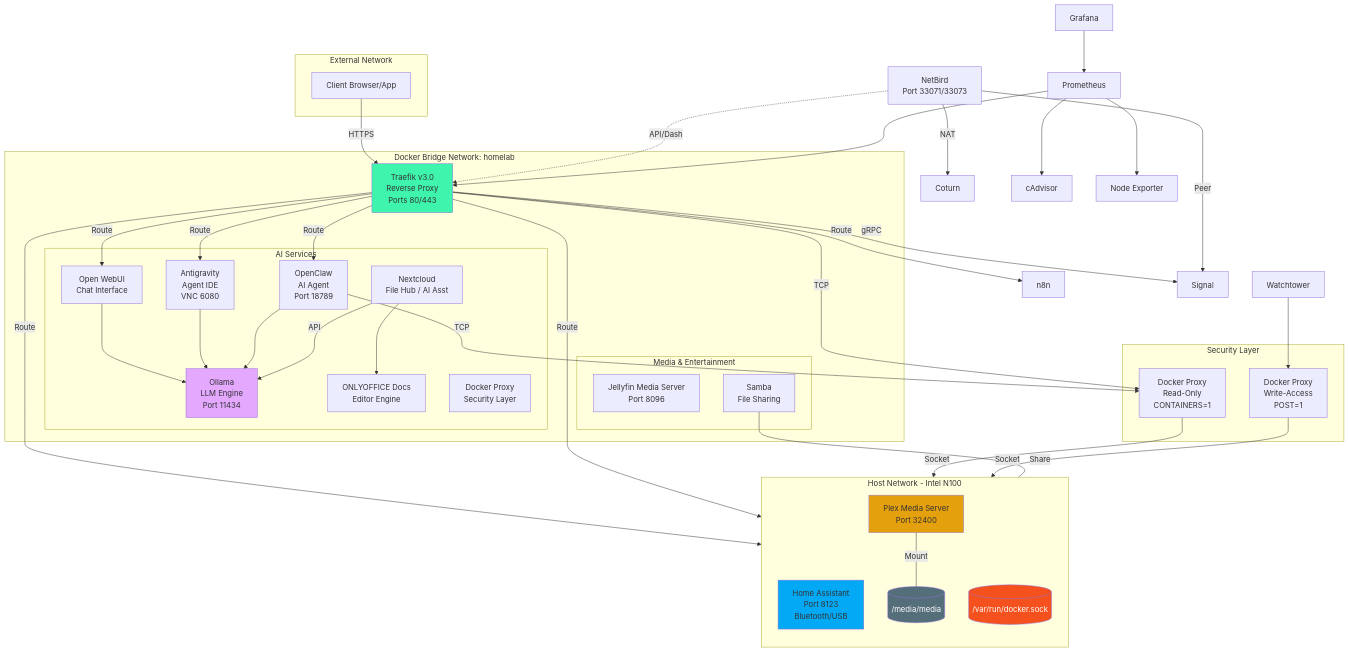
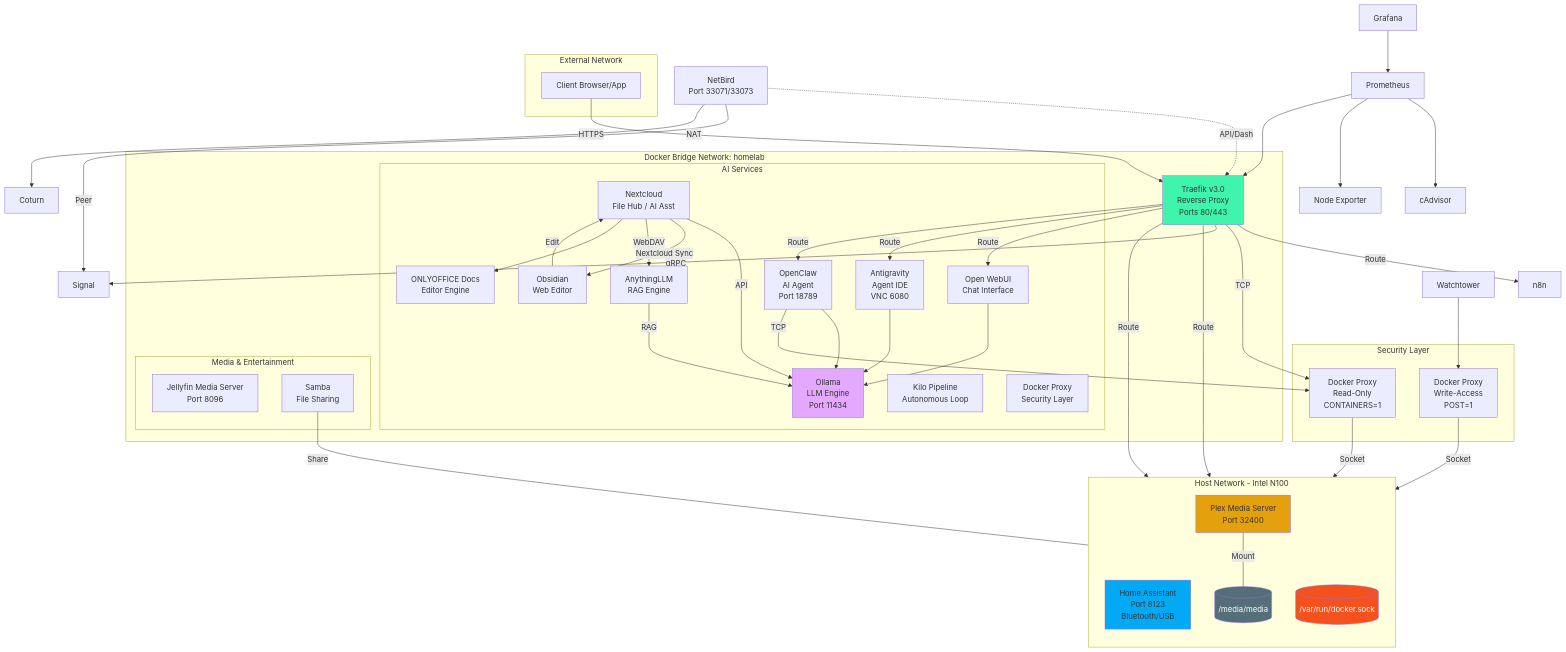
The diagram in README.md (oweibor/homelab), drawn with Mermaid before and after one commit. The commit also changed other lines of this file and 1 other file, not shown here.

Commit message:
docs: comprehensive update of README and CHANGELOG for v1.2.0
README.md: Updated Mermaid architecture diagram to include Obsidian, AnythingLLM, and Kilo. Expanded service catalog table.

CHANGELOG.md: Added version 1.2.0 documenting Kilo Pipeline integration, system hardening, and Obsidian/RAG architecture.

```diff
--- a/README.md
+++ b/README.md
@@ -200,8 +200,11 @@
             WebUI[Open WebUI<br/>Chat Interface]
             Antigravity[Antigravity<br/>Agent IDE<br/>VNC 6080]
             OpenClaw[OpenClaw<br/>AI Agent<br/>Port 18789]
+            Kilo[Kilo Pipeline<br/>Autonomous Loop]
             OnlyOffice[ONLYOFFICE Docs<br/>Editor Engine]
             Nextcloud[Nextcloud<br/>File Hub / AI Asst]
+            Obsidian[Obsidian<br/>Web Editor]
+            AnythingLLM[AnythingLLM<br/>RAG Engine]
             Proxy[Docker Proxy<br/>Security Layer]
         end
         
@@ -229,6 +232,10 @@
     Antigravity --> Ollama
     OpenClaw --> Ollama
     Nextcloud -->|API| Ollama
+    Nextcloud -->|Nextcloud Sync| Obsidian
+    Nextcloud -->|WebDAV| AnythingLLM
+    Obsidian -->|Edit| Nextcloud
+    AnythingLLM -->|RAG| Ollama
     Nextcloud --> OnlyOffice
     
     %% System Integrations
```
